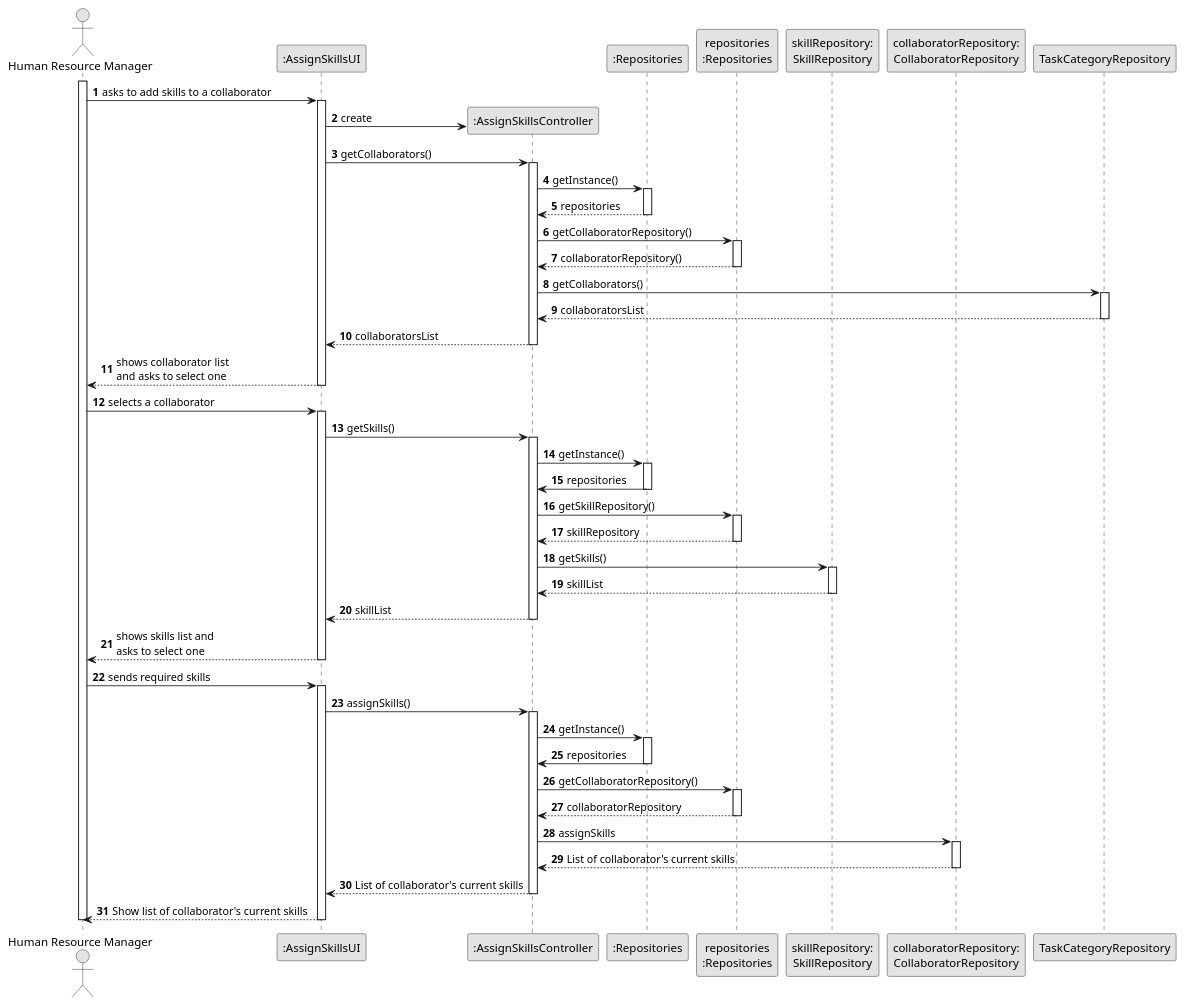
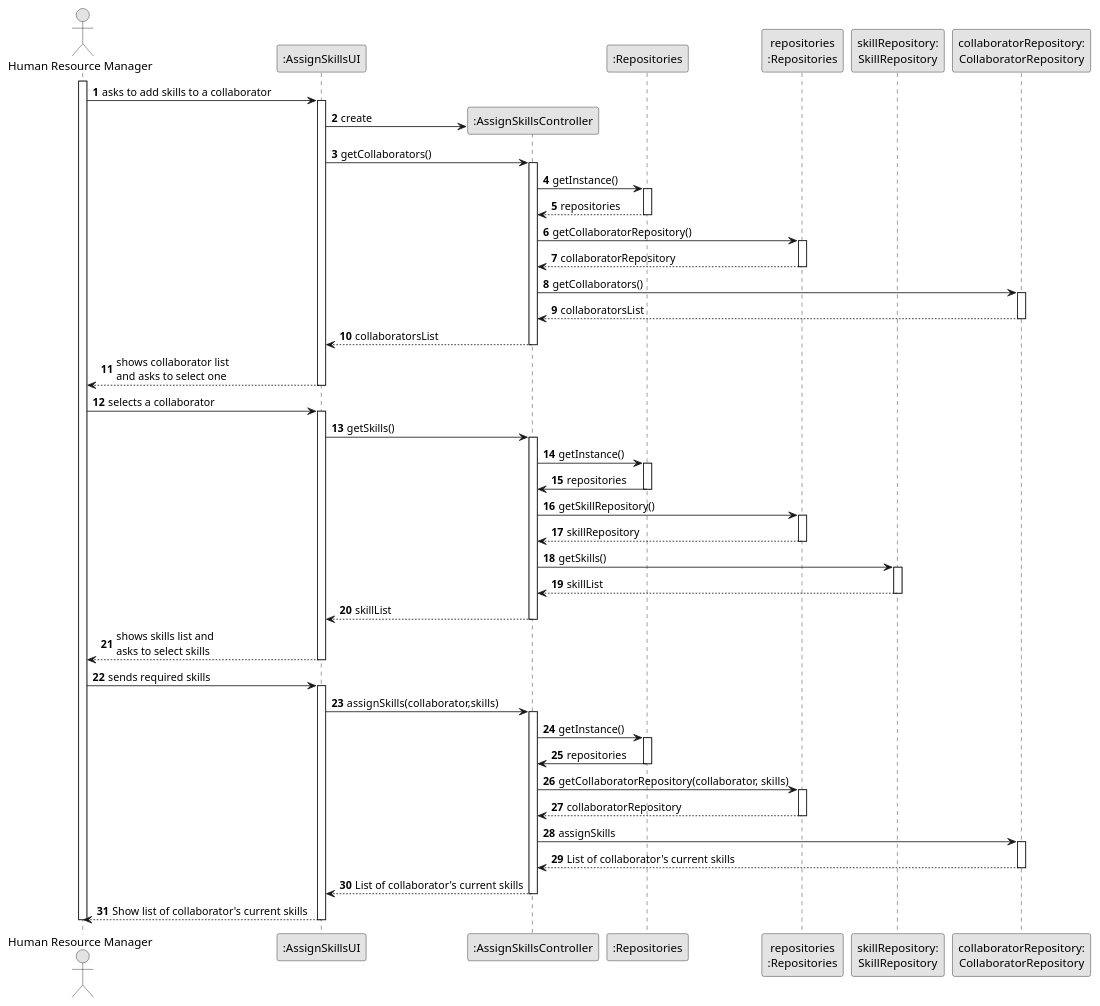
One commit to Departamento-de-Engenharia-Informatica/lei-24-s2-1do-g164 changed the diagram in docs/sprintB/us004/03.design/puml/us006-sequence-diagram-full.puml. Above: the diagram before and after it, drawn with PlantUML.

Commit message:
US04(docs):conclusion of sequence diagram (corrections)

```diff
--- a/docs/sprintB/us004/03.design/puml/us006-sequence-diagram-full.puml
+++ b/docs/sprintB/us004/03.design/puml/us006-sequence-diagram-full.puml
@@ -1,107 +1,107 @@
 @startuml
 skinparam monochrome true
 skinparam packageStyle rectangle
     skinparam shadowing false
 
     autonumber
 
     'hide footbox
     actor "Human Resource Manager" as HRM
     participant ":AssignSkillsUI" as UI
     participant ":AssignSkillsController" as CTRL
     participant ":Repositories" as RepositorySingleton
     participant "repositories\n:Repositories" as PLAT
     participant "skillRepository:\nSkillRepository" as SkillRepository
     participant "collaboratorRepository:\nCollaboratorRepository" as collaboratorRepository
     activate HRM
 
             HRM -> UI : asks to add skills to a collaborator
 
             activate UI
 
     '            UI --> ADM : requests data (reference, description,  informal \n description, technical description, duration, cost)
                 'create CTRL
                 UI -> CTRL** : create
 
                 UI -> CTRL : getCollaborators()
                 activate CTRL
 
                     CTRL -> RepositorySingleton : getInstance()
                     activate RepositorySingleton
 
                         RepositorySingleton --> CTRL: repositories
                     deactivate RepositorySingleton
 
                     CTRL -> PLAT : getCollaboratorRepository()
                     activate PLAT
 
-                        PLAT --> CTRL: collaboratorRepository()
+                        PLAT --> CTRL: collaboratorRepository
                     deactivate PLAT
 
-                    CTRL -> TaskCategoryRepository : getCollaborators()
-                    activate TaskCategoryRepository
+                    CTRL -> collaboratorRepository : getCollaborators()
+                    activate collaboratorRepository
 
-                        TaskCategoryRepository --> CTRL : collaboratorsList
-                    deactivate TaskCategoryRepository
+                        collaboratorRepository--> CTRL : collaboratorsList
+                    deactivate collaboratorRepository
 
                     CTRL --> UI : collaboratorsList
                 deactivate CTRL
 
                 UI --> HRM : shows collaborator list\nand asks to select one
             deactivate UI
 
         HRM -> UI : selects a collaborator
         activate UI
 
            UI -> CTRL : getSkills()
                activate CTRL
                  CTRL -> RepositorySingleton : getInstance()
                  activate RepositorySingleton
                    RepositorySingleton -> CTRL : repositories
                  deactivate RepositorySingleton
 
                  CTRL -> PLAT : getSkillRepository()
                  activate PLAT
                    PLAT --> CTRL : skillRepository
                  deactivate PLAT
 
                  CTRL -> SkillRepository : getSkills()
                  activate SkillRepository
                    SkillRepository --> CTRL : skillList
                  deactivate SkillRepository
                  CTRL --> UI : skillList
                deactivate CTRL
 
-              UI --> HRM : shows skills list and \nasks to select one
+              UI --> HRM : shows skills list and \nasks to select skills
                           deactivate UI
 
              HRM -> UI : sends required skills
              activate UI
-               UI -> CTRL :assignSkills()
+               UI -> CTRL :assignSkills(collaborator,skills)
                         activate CTRL
                CTRL -> RepositorySingleton : getInstance()
                                          activate RepositorySingleton
                                            RepositorySingleton -> CTRL : repositories
                                          deactivate RepositorySingleton
 
-                                         CTRL -> PLAT : getCollaboratorRepository()
+                                         CTRL -> PLAT : getCollaboratorRepository(collaborator, skills)
                                          activate PLAT
                                            PLAT --> CTRL : collaboratorRepository
                                          deactivate PLAT
 
                                          CTRL -> collaboratorRepository : assignSkills
                                        activate collaboratorRepository
                                            collaboratorRepository --> CTRL : List of collaborator's current skills
                                    deactivate collaboratorRepository
                                          CTRL --> UI : List of collaborator's current skills
                                        deactivate CTRL
                                        UI --> HRM :Show list of collaborator's current skills
                                                     deactivate UI
 
 
 
 
 
     deactivate HRM
 
 @enduml
```
